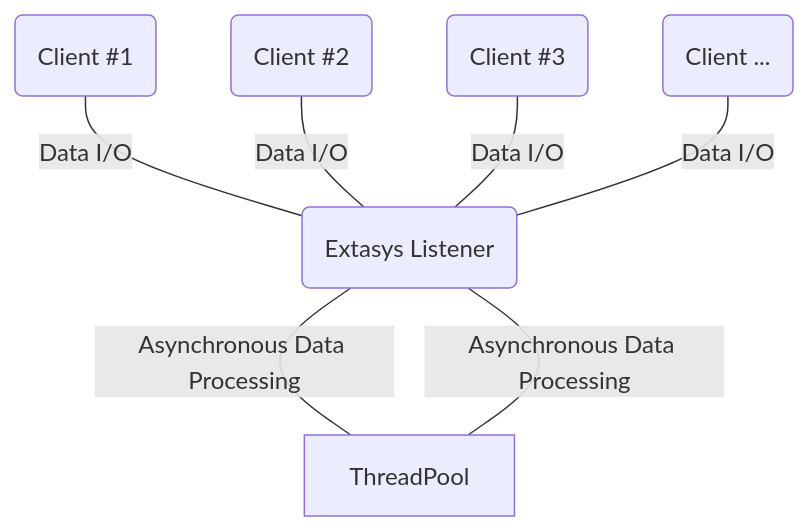
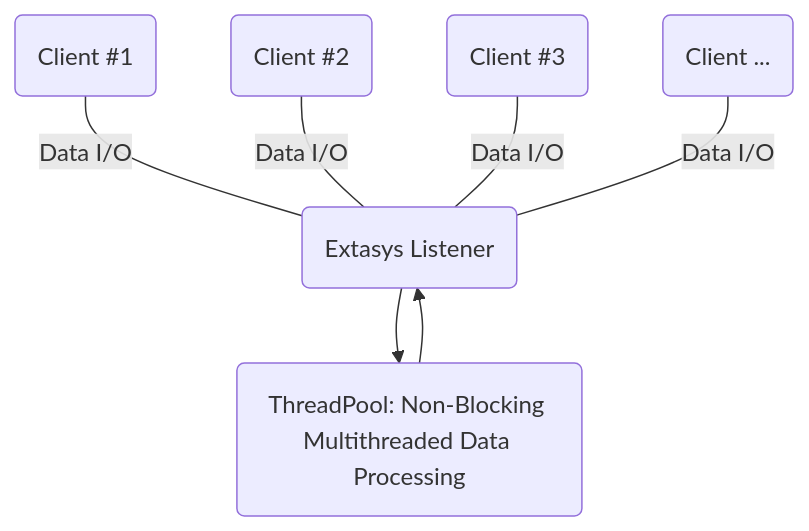
One commit to nsiatras/extasys changed the diagram in README.md. Above: the diagram before and after it, drawn with Mermaid.

````diff
--- a/README.md
+++ b/README.md
@@ -9,15 +9,15 @@
 ```mermaid
 flowchart  TD;
 
 Client1(Client #1) ---|Data I/O|ExtasysListener(Extasys Listener);
 Client2(Client #2) ---|Data I/O|ExtasysListener(Extasys Listener);
 Client3(Client #3) ---|Data I/O|ExtasysListener(Extasys Listener);
 Client...(Client ...) ---|Data I/O|ExtasysListener(Extasys Listener);
 
-ExtasysListener ---|Asynchronous Data Processing| ThreadPool;
-ThreadPool ---|Asynchronous Data Processing| ExtasysListener;
+ExtasysListener --> ThreadPool(ThreadPool: Non-Blocking Multithreaded Data Processing);
+ThreadPool --> ExtasysListener;
 
 
 
 
 ```
````
